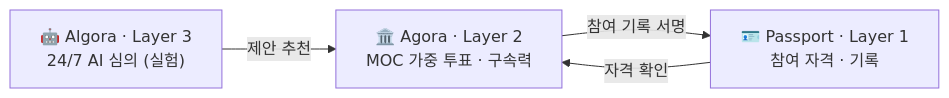
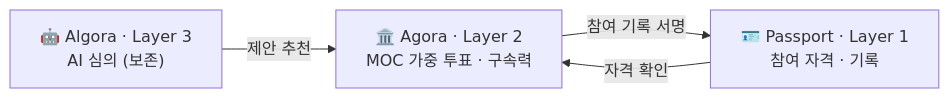
One commit to mossland/Projects changed the first of 2 diagrams in README.md. Above: the diagram before and after it, drawn with Mermaid. The commit also changed other lines of this file, not shown here.

First line of the commit message:
docs: Algora 를 MIP-1 보존(Archive) 상태로 표기

````diff
--- a/README.md
+++ b/README.md
@@ -41,9 +43,9 @@
 ```mermaid
 flowchart LR
-    L["🤖 Algora · Layer 3<br/>24/7 AI 심의 (실험)"]
+    L["🤖 Algora · Layer 3<br/>AI 심의 (보존)"]
     A["🏛️ Agora · Layer 2<br/>MOC 가중 투표 · 구속력"]
     P["🪪 Passport · Layer 1<br/>참여 자격 · 기록"]
     L -->|제안 추천| A
     P -->|자격 확인| A
     A -->|참여 기록 서명| P
 ```
````
